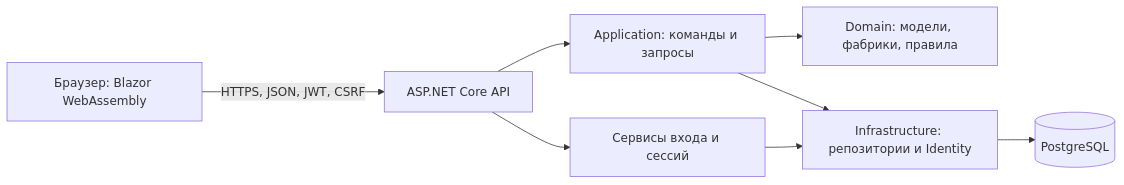
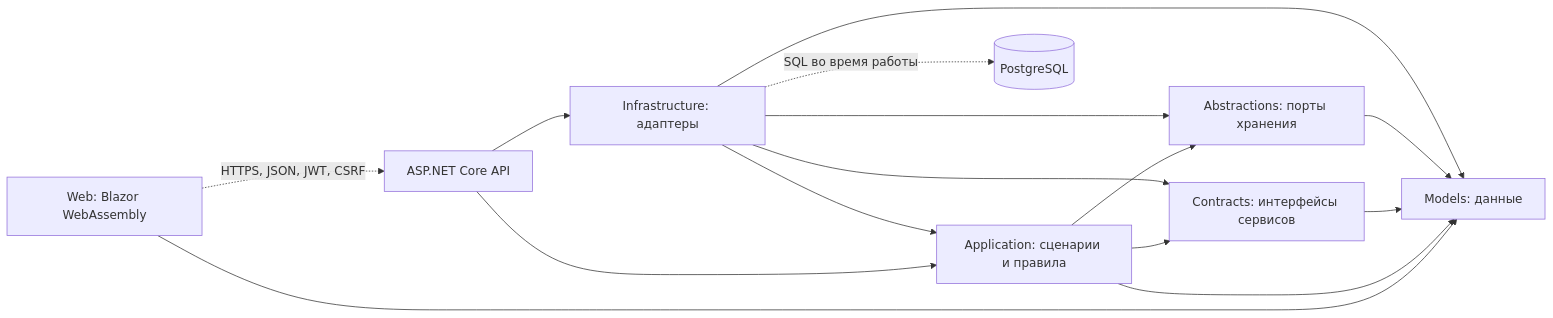
Before and after one commit to medsoft-united-system/hospital-information-system: the first of 2 diagrams in docs/system-guide-v1.md, drawn with Mermaid. The commit also changed other lines of this file and 877 other files, not shown here.

Commit message:
refactor: separate shared models, ports and application services

````diff
--- a/docs/system-guide-v1.md
+++ b/docs/system-guide-v1.md
@@ -276,10 +280,17 @@
 ```mermaid
 flowchart LR
-    Browser[Браузер: Blazor WebAssembly] -->|HTTPS, JSON, JWT, CSRF| API[ASP.NET Core API]
-    API --> Application[Application: команды и запросы]
-    Application --> Domain[Domain: модели, фабрики, правила]
-    Application --> Infrastructure[Infrastructure: репозитории и Identity]
-    API --> Security[Сервисы входа и сессий]
-    Security --> Infrastructure
-    Infrastructure --> PostgreSQL[(PostgreSQL)]
+    Web[Web: Blazor WebAssembly] --> Models[Models: данные]
+    API[ASP.NET Core API] --> App[Application: сценарии и правила]
+    API --> Infra[Infrastructure: адаптеры]
+    App --> Contracts[Contracts: интерфейсы сервисов]
+    App --> Ports[Abstractions: порты хранения]
+    App --> Models
+    Contracts --> Models
+    Ports --> Models
+    Infra --> Contracts
+    Infra --> Ports
+    Infra --> Models
+    Infra --> App
+    Web -. HTTPS, JSON, JWT, CSRF .-> API
+    Infra -. SQL во время работы .-> DB[(PostgreSQL)]
 ```
````
